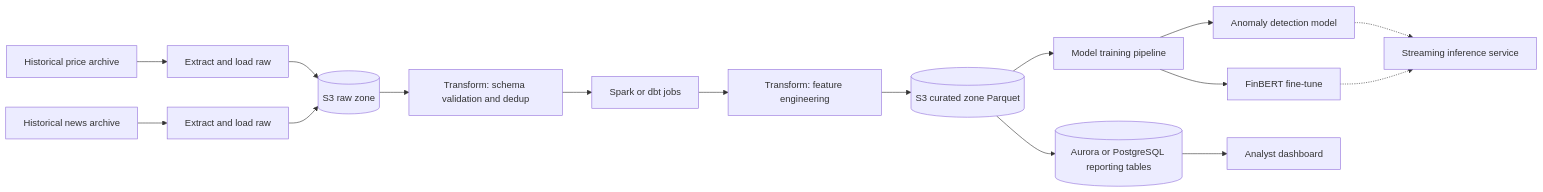
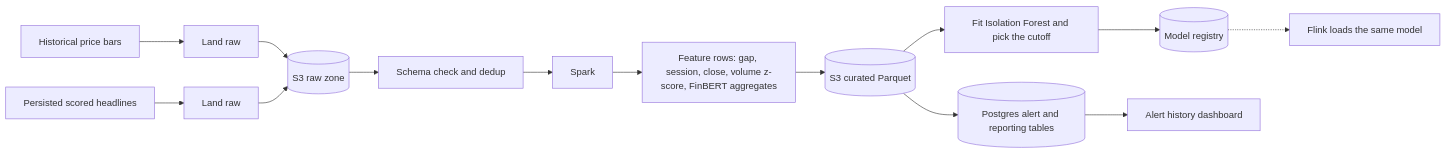
The third of 5 diagrams in docs/architecture.md (sameerde4/ticker-alert-system), drawn with Mermaid before and after one commit. The commit also changed other lines of this file, not shown here.

Commit message:
Redraw the as-built and target architecture diagrams.

````diff
--- a/docs/architecture.md
+++ b/docs/architecture.md
@@ -156,18 +164,16 @@
 ```mermaid
 flowchart LR
-    HP[Historical price archive] --> ELP[Extract and load raw]
-    HN[Historical news archive] --> ELN[Extract and load raw]
+    HP[Historical price bars] --> ELP[Land raw]
+    HN[Persisted scored headlines] --> ELN[Land raw]
     ELP --> RAW[(S3 raw zone)]
     ELN --> RAW
-    RAW --> VAL[Transform: schema validation and dedup]
-    VAL --> JOBS[Spark or dbt jobs]
-    JOBS --> FEAT[Transform: feature engineering]
-    FEAT --> CUR[(S3 curated zone Parquet)]
-    CUR --> TRAIN[Model training pipeline]
-    TRAIN --> ANOM[Anomaly detection model]
-    TRAIN --> BERT[FinBERT fine-tune]
-    ANOM -.-> INF[Streaming inference service]
-    BERT -.-> INF
-    CUR --> SQL[(Aurora or PostgreSQL reporting tables)]
-    SQL --> BI[Analyst dashboard]
+    RAW --> VAL[Schema check and dedup]
+    VAL --> SPARK[Spark]
+    SPARK --> FEAT[Feature rows: gap, session, close, volume z-score, FinBERT aggregates]
+    FEAT --> CUR[(S3 curated Parquet)]
+    CUR --> TRAIN[Fit Isolation Forest and pick the cutoff]
+    TRAIN --> REG[(Model registry)]
+    REG -.-> FLINK[Flink loads the same model]
+    CUR --> PG[(Postgres alert and reporting tables)]
+    PG --> UI[Alert history dashboard]
 ```
````
